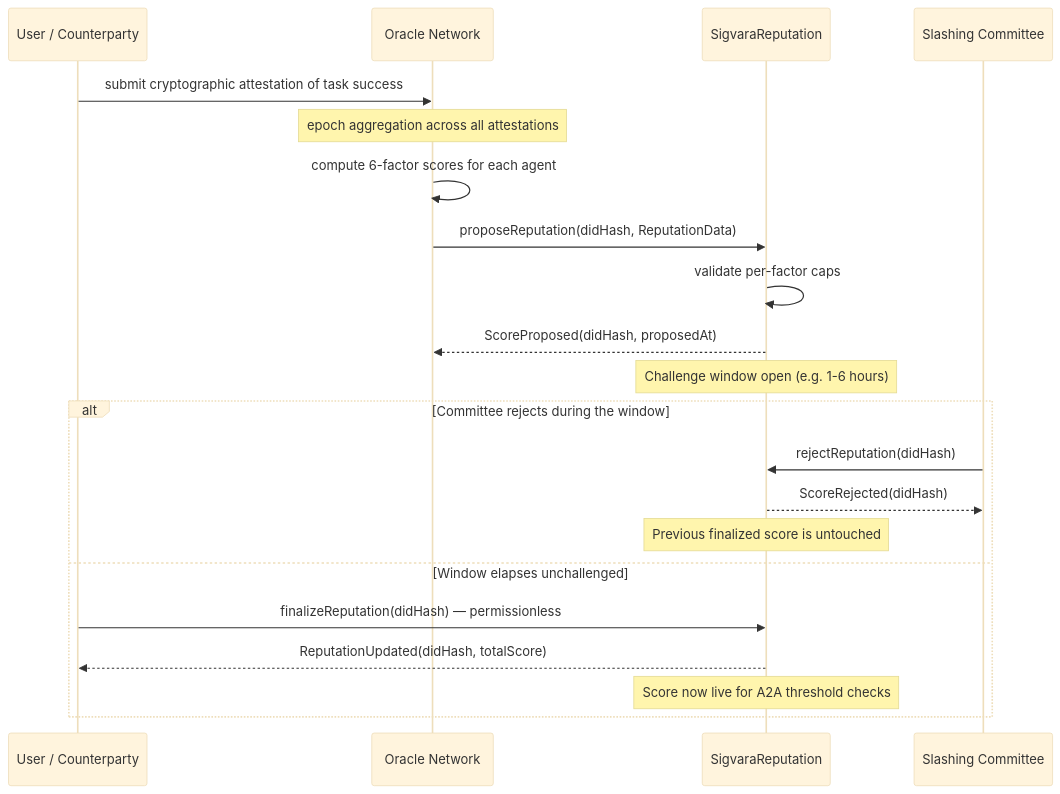
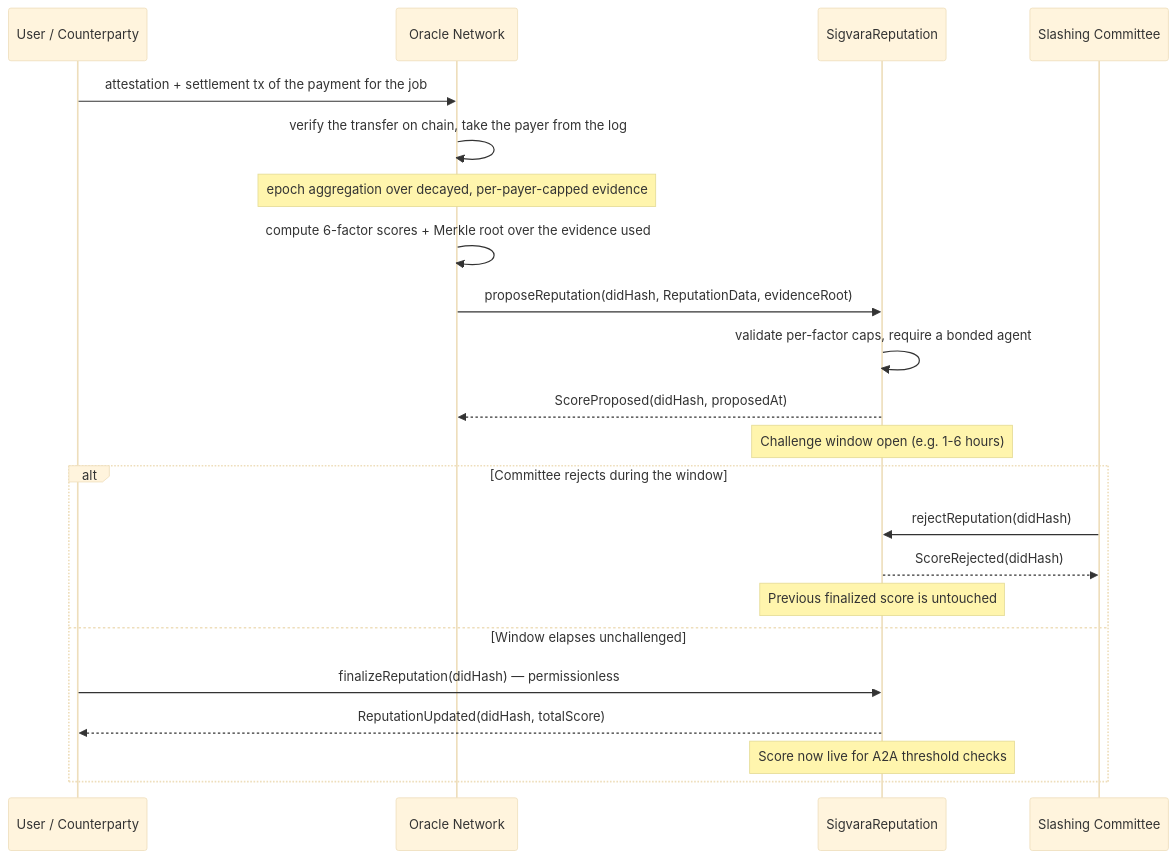
One commit to RunTimeAdmin/Sigvara changed the sixth of 6 diagrams in README.md. Above: the diagram before and after it, drawn with Mermaid (base theme). The commit also changed other lines of this file and 10 other files, not shown here.

````diff
--- a/README.md
+++ b/README.md
@@ -265,25 +314,26 @@
 ```mermaid
 sequenceDiagram
     participant UC as User / Counterparty
     participant OR as Oracle Network
     participant REP as SigvaraReputation
     participant CM as Slashing Committee
 
-    UC->>OR: submit cryptographic attestation of task success
-    Note over OR: epoch aggregation across all attestations
-    OR->>OR: compute 6-factor scores for each agent
-    OR->>REP: proposeReputation(didHash, ReputationData)
-    REP->>REP: validate per-factor caps
+    UC->>OR: attestation + settlement tx of the payment for the job
+    OR->>OR: verify the transfer on chain, take the payer from the log
+    Note over OR: epoch aggregation over decayed, per-payer-capped evidence
+    OR->>OR: compute 6-factor scores + Merkle root over the evidence used
+    OR->>REP: proposeReputation(didHash, ReputationData, evidenceRoot)
+    REP->>REP: validate per-factor caps, require a bonded agent
     REP-->>OR: ScoreProposed(didHash, proposedAt)
     Note over REP: Challenge window open (e.g. 1-6 hours)
 
     alt Committee rejects during the window
         CM->>REP: rejectReputation(didHash)
         REP-->>CM: ScoreRejected(didHash)
         Note over REP: Previous finalized score is untouched
     else Window elapses unchallenged
         UC->>REP: finalizeReputation(didHash) — permissionless
         REP-->>UC: ReputationUpdated(didHash, totalScore)
         Note over REP: Score now live for A2A threshold checks
     end
 ```
````
